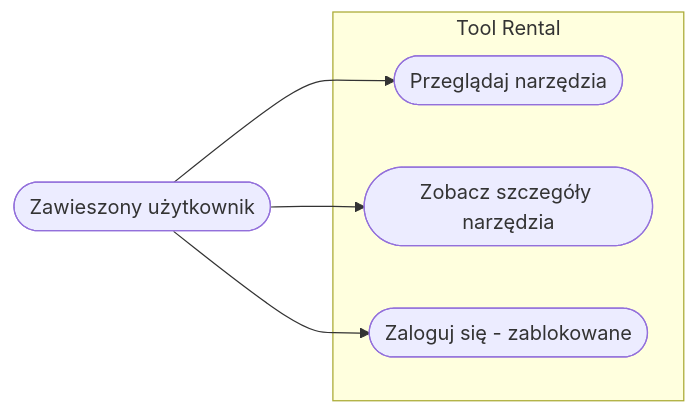
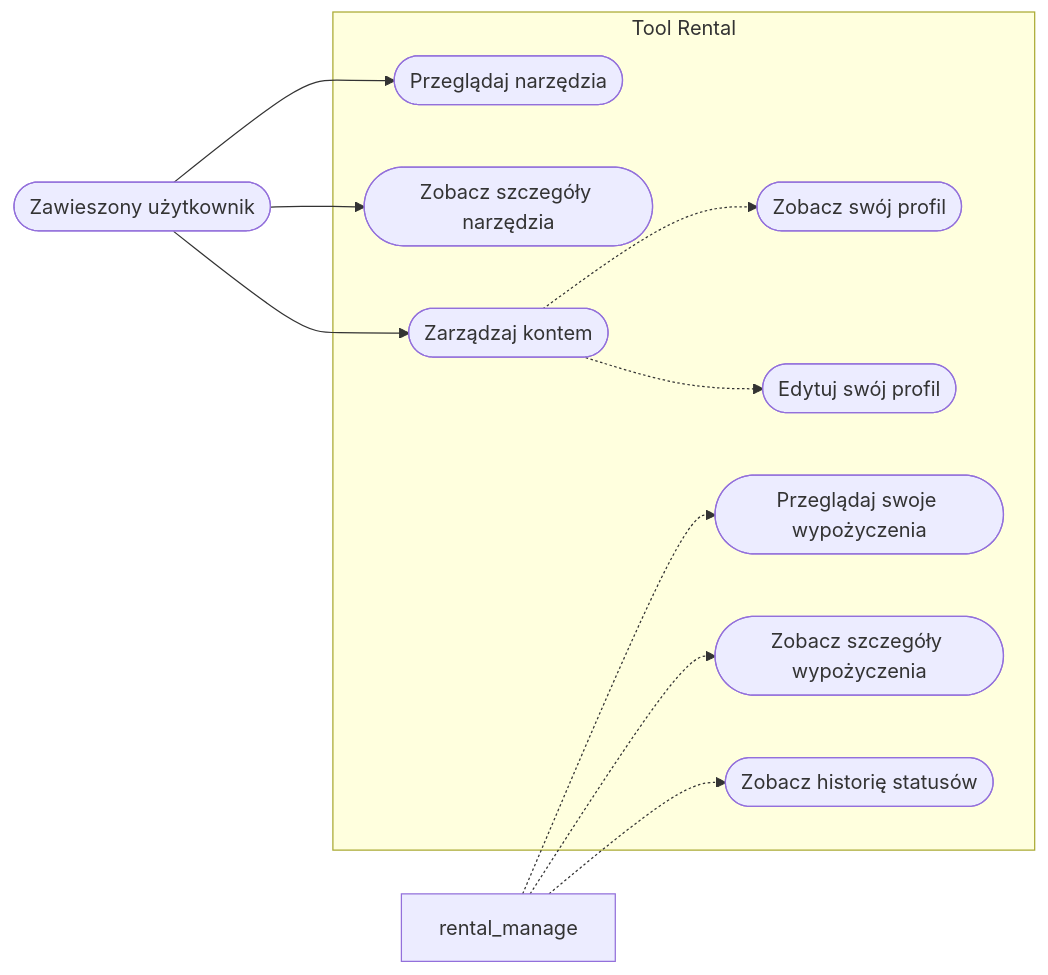
Before and after one commit to Aizu4/ToolRentalAPI: the diagram in docs/use-cases/use-case-suspended.md, drawn with Mermaid. The commit also changed 1 other file, not shown here.

````diff
--- a/docs/use-cases/use-case-suspended.md
+++ b/docs/use-cases/use-case-suspended.md
@@ -3,14 +3,26 @@
 ```mermaid
 flowchart LR
     suspended([Zawieszony użytkownik])
 
     subgraph System["Tool Rental"]
         items_browse([Przeglądaj narzędzia])
         item_details([Zobacz szczegóły narzędzia])
-        login_blocked([Zaloguj się - zablokowane])
+
+        account_manage([Zarządzaj kontem])
+        profile_view([Zobacz swój profil])
+        profile_edit([Edytuj swój profil])
+
+        rentals_mine([Przeglądaj swoje wypożyczenia])
+        rental_details([Zobacz szczegóły wypożyczenia])
+        rental_history([Zobacz historię statusów])
     end
 
+    suspended --> account_manage
     suspended --> items_browse
     suspended --> item_details
-    suspended --> login_blocked
+    rental_manage -.-> rentals_mine
+    rental_manage -.-> rental_details
+    rental_manage -.-> rental_history
+    account_manage -.-> profile_view
+    account_manage -.-> profile_edit
 ```
````
